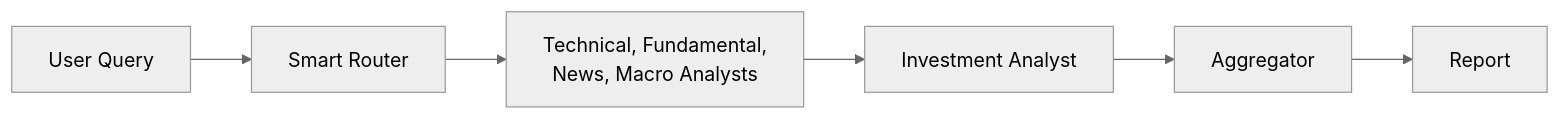
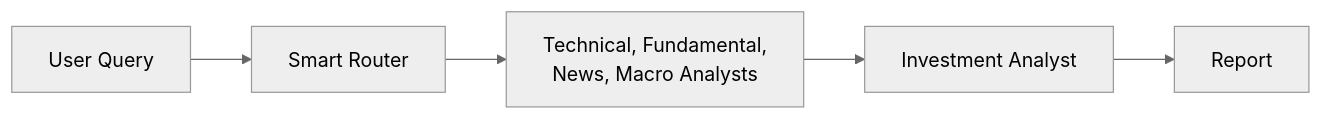
Before and after one commit to michaelzus/ThinkOnlyOnce: the diagram in README.md, drawn with Mermaid (neutral theme). The commit also changed 6 other files, not shown here.

````diff
--- a/README.md
+++ b/README.md
@@ -72,8 +72,7 @@
 ```mermaid
 flowchart LR
     A[User Query] --> B[Smart Router]
     B --> C["Technical, Fundamental,<br/>News, Macro Analysts"]
     C --> D[Investment Analyst]
-    D --> E[Aggregator]
-    E --> F[Report]
+    D --> E[Report]
 ```
````
